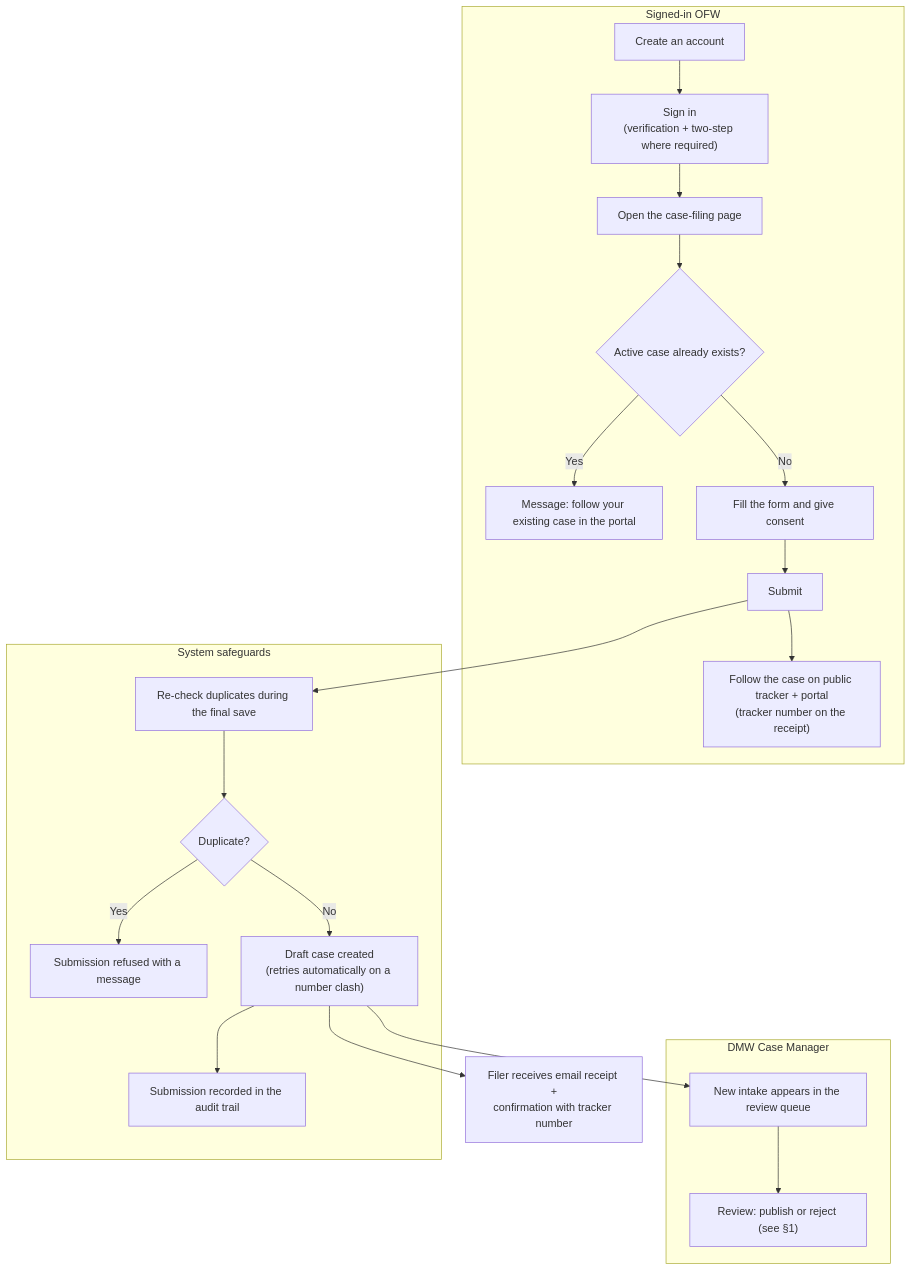
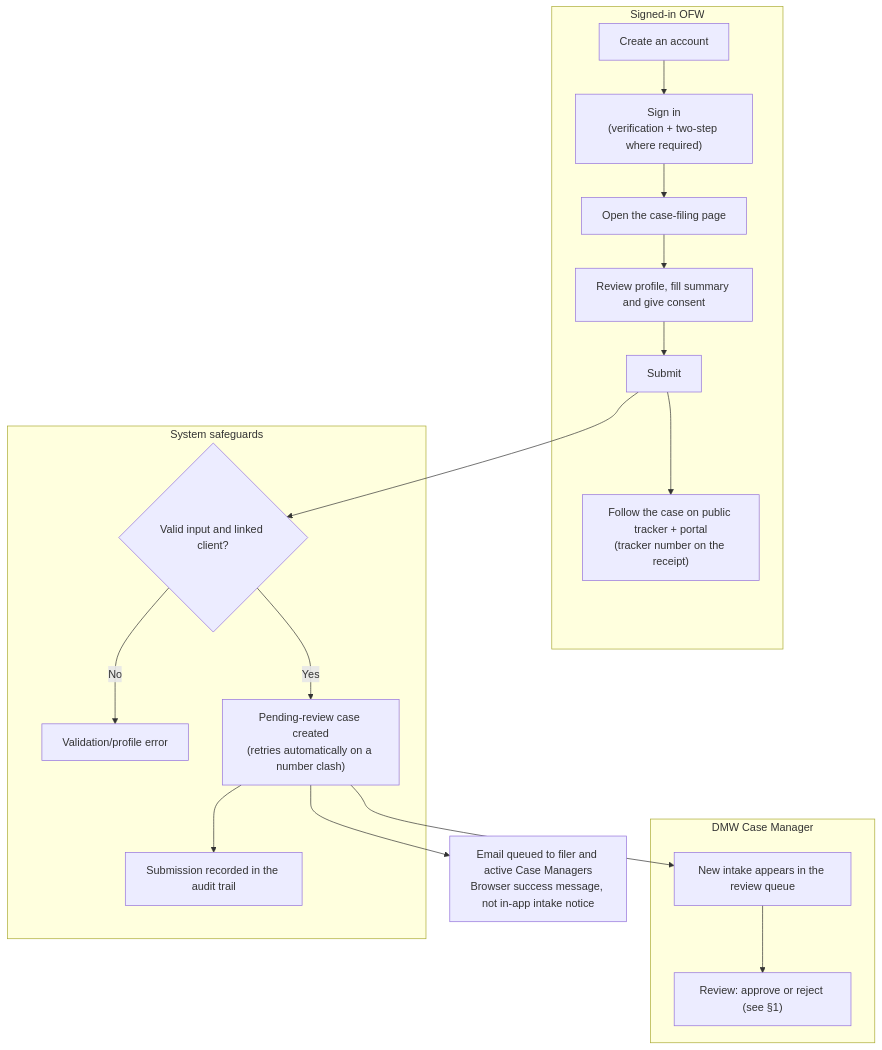
One commit to baphus/one-window-bayanihan changed the second of 7 diagrams in docs/system-analysis-and-design/02-business-process-flow.md. Above: the diagram before and after it, drawn with Mermaid. The commit also changed other lines of this file and 124 other files, not shown here.

````diff
--- a/docs/system-analysis-and-design/02-business-process-flow.md
+++ b/docs/system-analysis-and-design/02-business-process-flow.md
@@ -192,24 +191,21 @@
 ```mermaid
 flowchart TD
     subgraph OFW["Signed-in OFW"]
         S["Create an account"] --> L["Sign in<br/>(verification + two-step where required)"]
         L --> O["Open the case-filing page"]
-        O --> DUP{"Active case already exists?"}
-        DUP -->|"Yes"| BLOCK["Message: follow your existing case in the portal"]
-        DUP -->|"No"| FORM["Fill the form and give consent"]
+        O --> FORM["Review profile, fill summary and give consent"]
         FORM --> SUB["Submit"]
         SUB --> TRK["Follow the case on public tracker + portal<br/>(tracker number on the receipt)"]
     end
     subgraph CM["DMW Case Manager"]
-        NQ["New intake appears in the review queue"] --> RV["Review: publish or reject (see §1)"]
+        NQ["New intake appears in the review queue"] --> RV["Review: approve or reject (see §1)"]
     end
     subgraph SYS["System safeguards"]
-        SUB --> LOCK["Re-check duplicates during the final save"]
-        LOCK --> DUP2{"Duplicate?"}
-        DUP2 -->|"Yes"| SAFE["Submission refused with a message"]
-        DUP2 -->|"No"| CRT["Draft case created<br/>(retries automatically on a number clash)"]
+        SUB --> VALID{"Valid input and linked client?"}
+        VALID -->|"No"| SAFE["Validation/profile error"]
+        VALID -->|"Yes"| CRT["Pending-review case created<br/>(retries automatically on a number clash)"]
         CRT --> AUD["Submission recorded in the audit trail"]
     end
     CRT --> NQ
-    CRT --> MAIL["Filer receives email receipt +<br/>confirmation with tracker number"]
+    CRT --> MAIL["Email queued to filer and active Case Managers<br/>Browser success message, not in-app intake notice"]
 ```
````
